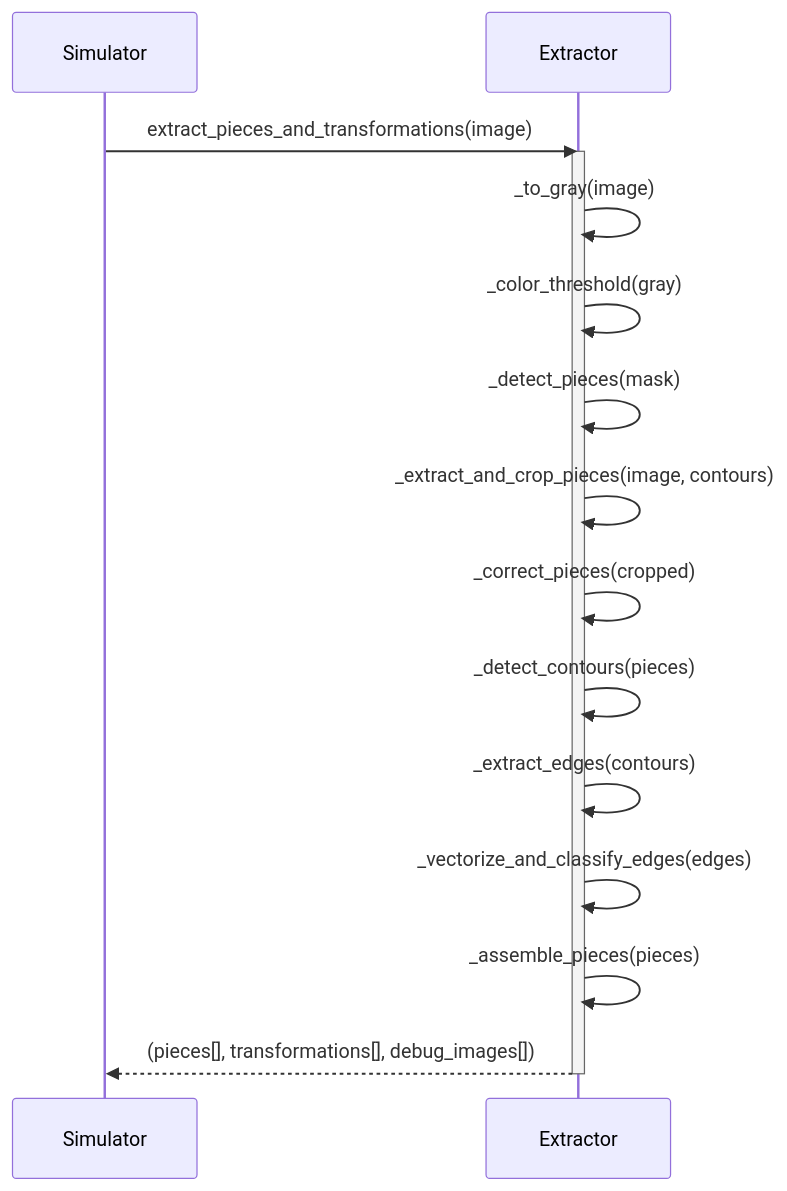
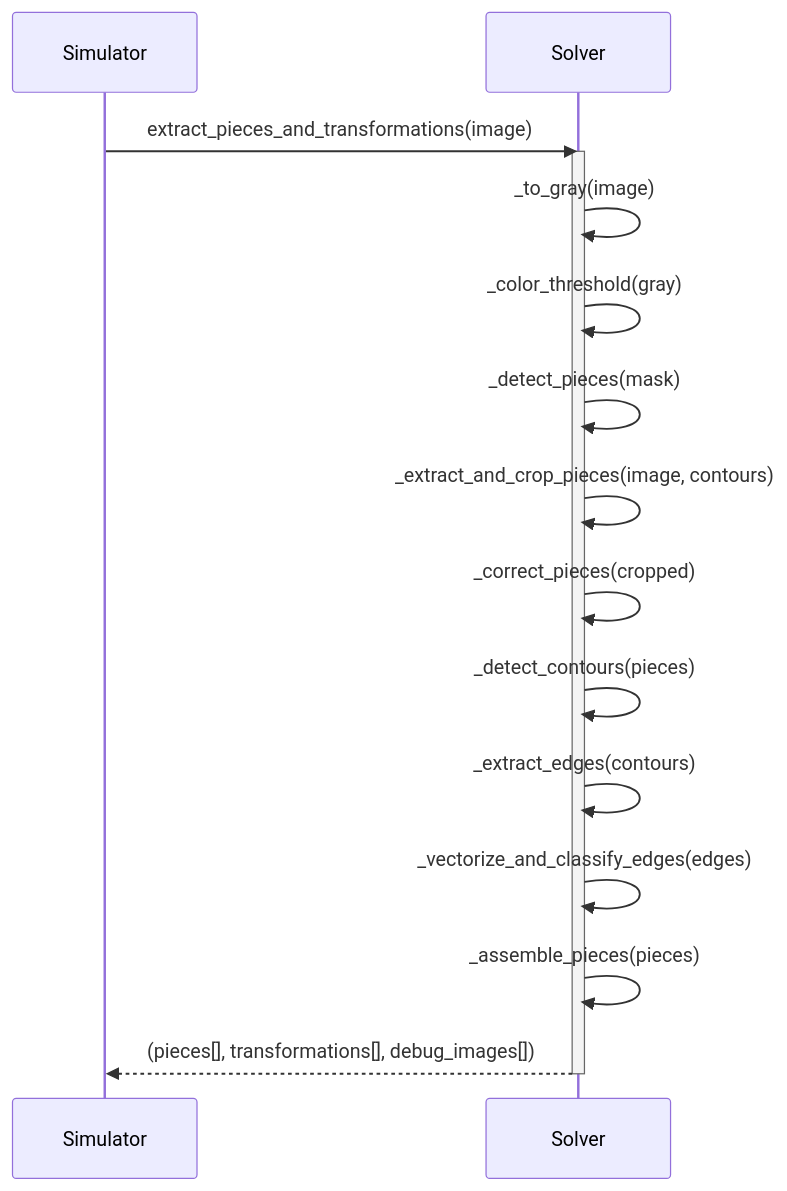
One commit to Mcapozzolo/PuzzleSimulator changed the second of 2 diagrams in docs/API_SPEC_EXTRACTOR.md. Above: the diagram before and after it, drawn with Mermaid. The commit also changed other lines of this file, not shown here.

Commit message:
Rename Extractor to Solver in API specification

````diff
--- a/docs/API_SPEC_EXTRACTOR.md
+++ b/docs/API_SPEC_EXTRACTOR.md
@@ -159,21 +159,21 @@
 ```mermaid
 sequenceDiagram
     participant Simulator
-    participant Extractor
+    participant Solver
 
-    Simulator->>Extractor: extract_pieces_and_transformations(image)
-    activate Extractor
+    Simulator->>Solver: extract_pieces_and_transformations(image)
+    activate Solver
 
-    Extractor->>Extractor: _to_gray(image)
-    Extractor->>Extractor: _color_threshold(gray)
-    Extractor->>Extractor: _detect_pieces(mask)
-    Extractor->>Extractor: _extract_and_crop_pieces(image, contours)
-    Extractor->>Extractor: _correct_pieces(cropped)
-    Extractor->>Extractor: _detect_contours(pieces)
-    Extractor->>Extractor: _extract_edges(contours)
-    Extractor->>Extractor: _vectorize_and_classify_edges(edges)
-    Extractor->>Extractor: _assemble_pieces(pieces)
+    Solver->>Solver: _to_gray(image)
+    Solver->>Solver: _color_threshold(gray)
+    Solver->>Solver: _detect_pieces(mask)
+    Solver->>Solver: _extract_and_crop_pieces(image, contours)
+    Solver->>Solver: _correct_pieces(cropped)
+    Solver->>Solver: _detect_contours(pieces)
+    Solver->>Solver: _extract_edges(contours)
+    Solver->>Solver: _vectorize_and_classify_edges(edges)
+    Solver->>Solver: _assemble_pieces(pieces)
 
-    Extractor-->>Simulator: (pieces[], transformations[], debug_images[])
-    deactivate Extractor
+    Solver-->>Simulator: (pieces[], transformations[], debug_images[])
+    deactivate Solver
 ```
````
